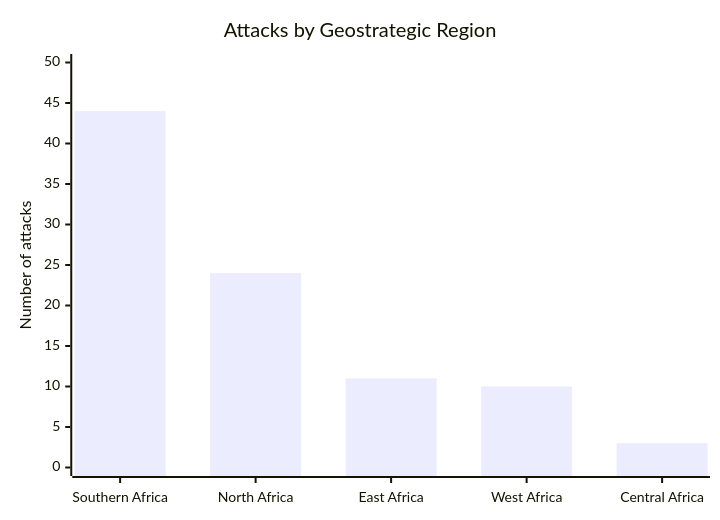
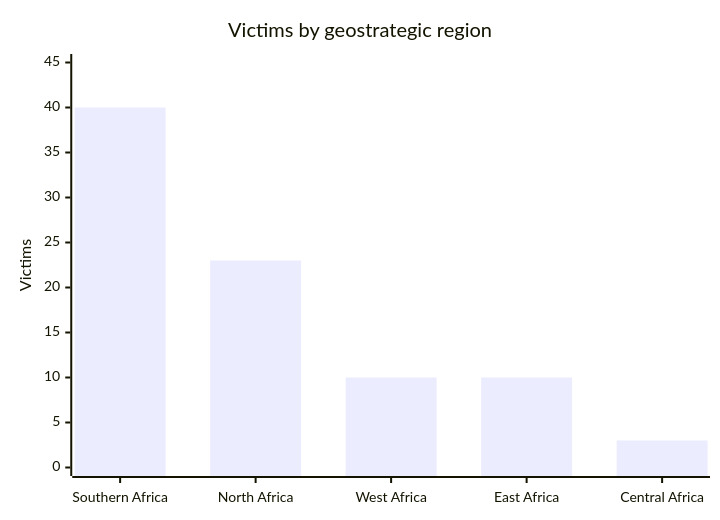
Before and after one commit to Hatchepsoute/AFRINTEL: the fourth of 5 diagrams in CyberAttackAfrica/2024/README.md, drawn with Mermaid. The commit also changed other lines of this file and 3 other files, not shown here.

````diff
--- a/CyberAttackAfrica/2024/README.md
+++ b/CyberAttackAfrica/2024/README.md
@@ -190,7 +212,7 @@
 ```mermaid
 xychart-beta
-    title "Attacks by Geostrategic Region"
-    x-axis ["Southern Africa", "North Africa", "East Africa", "West Africa", "Central Africa"]
-    y-axis "Number of attacks" 0 --> 50
-    bar [44, 24, 11, 10, 3]
+    title "Victims by geostrategic region"
+    x-axis ["Southern Africa", "North Africa", "West Africa", "East Africa", "Central Africa"]
+    y-axis "Victims" 0 --> 45
+    bar [40, 23, 10, 10, 3]
 ```
````
